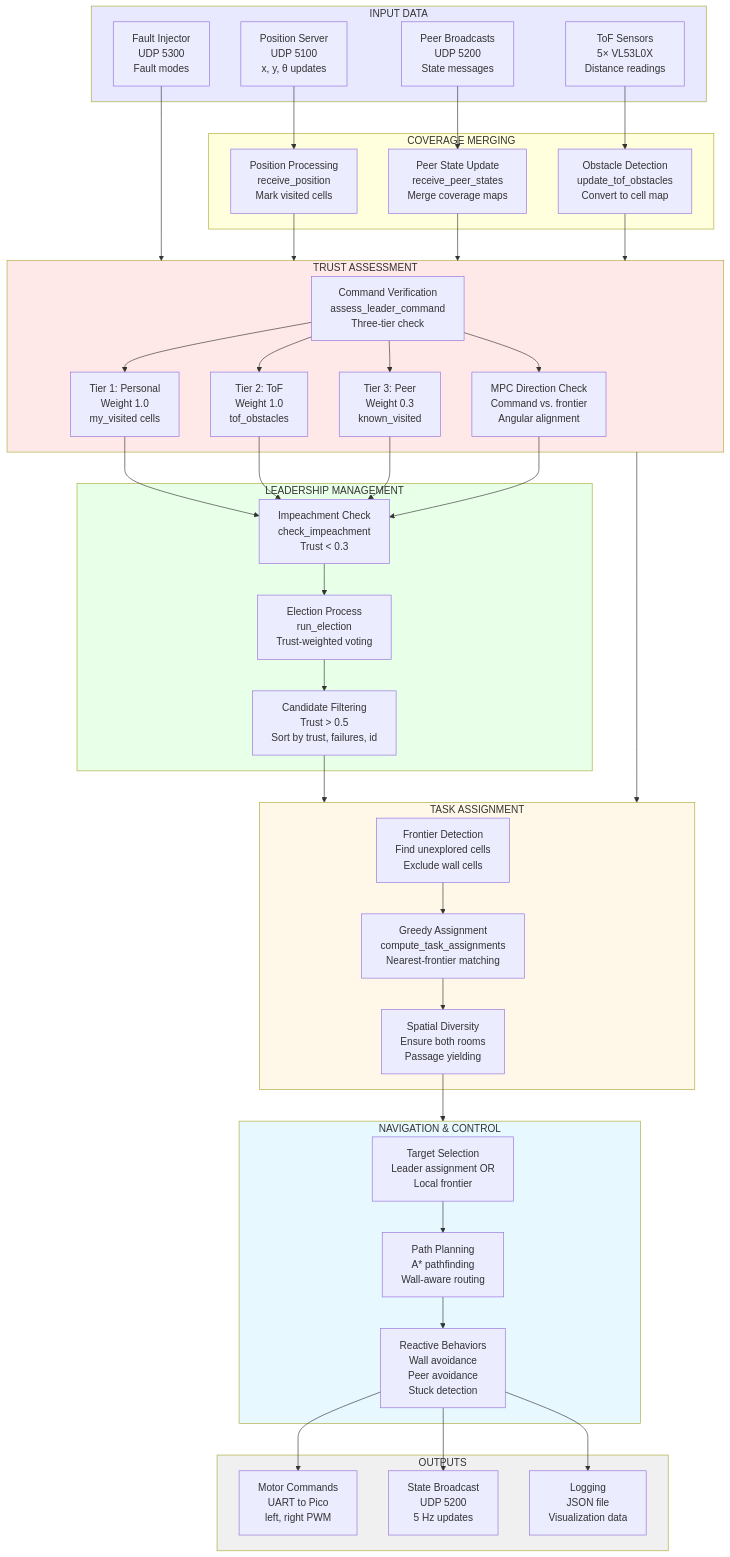
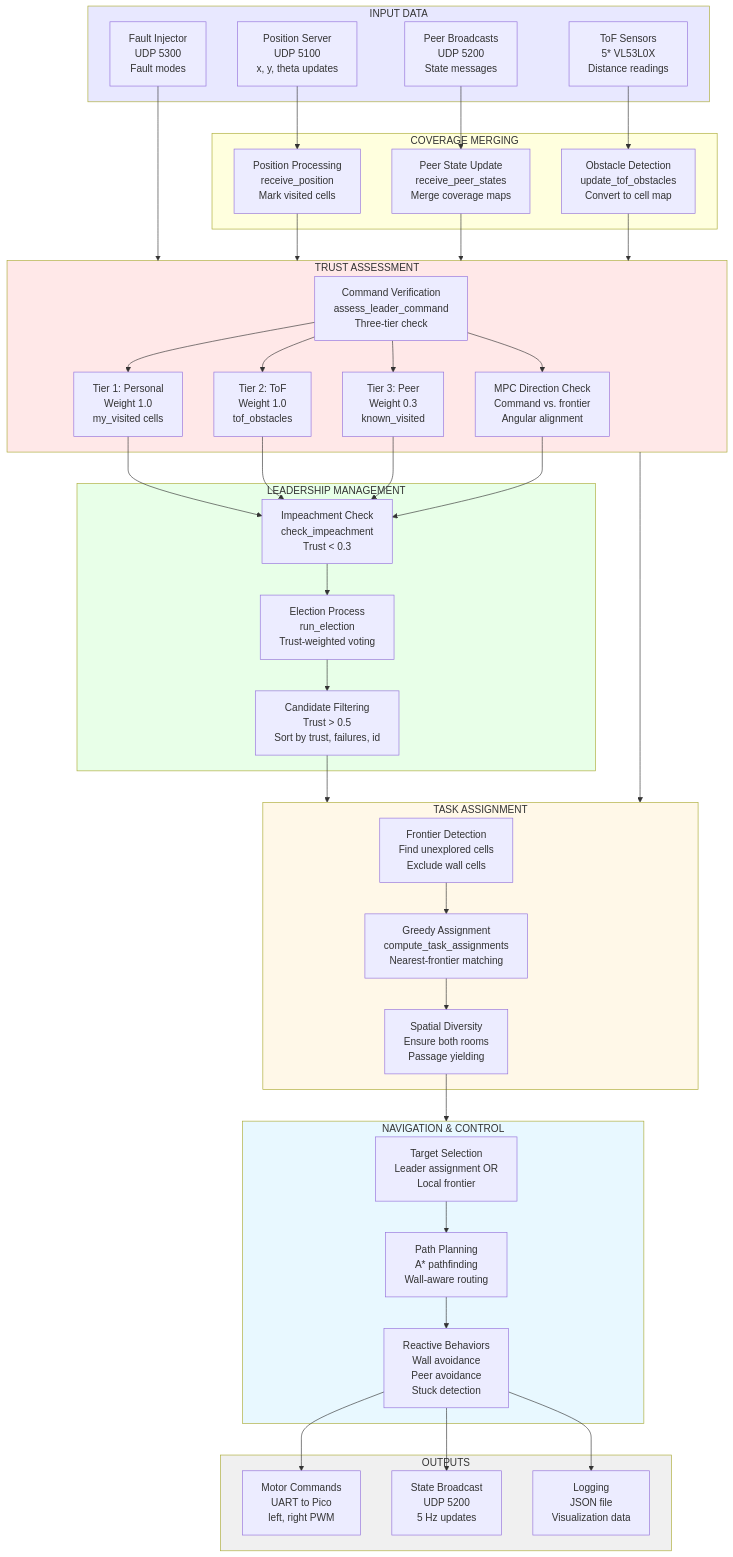
The first of 3 diagrams in submission_repo/docs/REIP_SYSTEM_DIAGRAM_ACADEMIC.md (Ryker32/REIP-RESEARCH-FINAL), drawn with Mermaid before and after one commit. The commit also changed other lines of this file and 144 other files, not shown here.

````diff
--- a/submission_repo/docs/REIP_SYSTEM_DIAGRAM_ACADEMIC.md
+++ b/submission_repo/docs/REIP_SYSTEM_DIAGRAM_ACADEMIC.md
@@ -5,9 +5,9 @@
 ```mermaid
 flowchart TD
     subgraph Input["INPUT DATA"]
-        A[Position Server<br/>UDP 5100<br/>x, y, θ updates]
+        A[Position Server<br/>UDP 5100<br/>x, y, theta updates]
         B[Peer Broadcasts<br/>UDP 5200<br/>State messages]
-        C[ToF Sensors<br/>5× VL53L0X<br/>Distance readings]
+        C[ToF Sensors<br/>5* VL53L0X<br/>Distance readings]
         D[Fault Injector<br/>UDP 5300<br/>Fault modes]
     end
 
````
